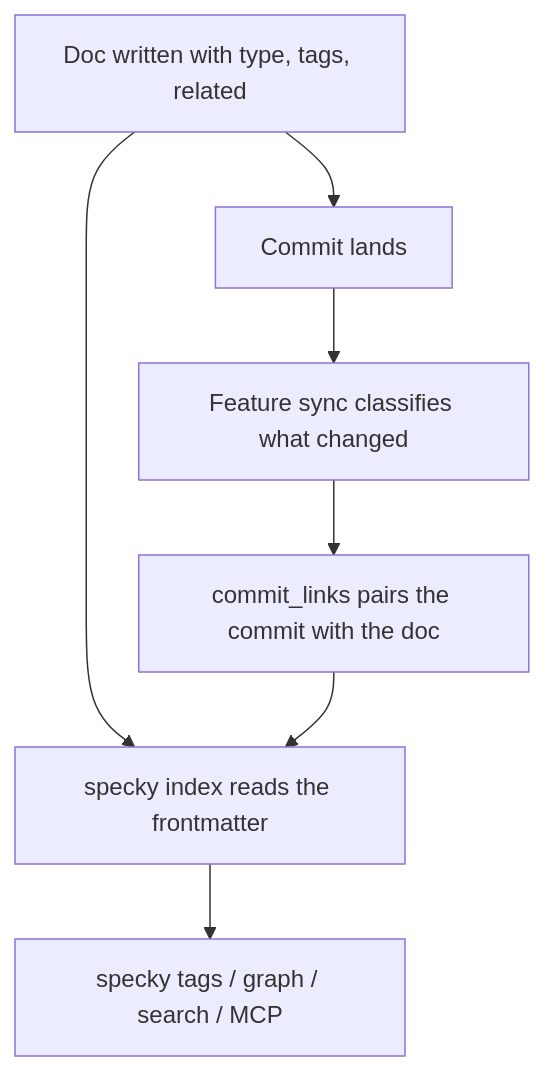
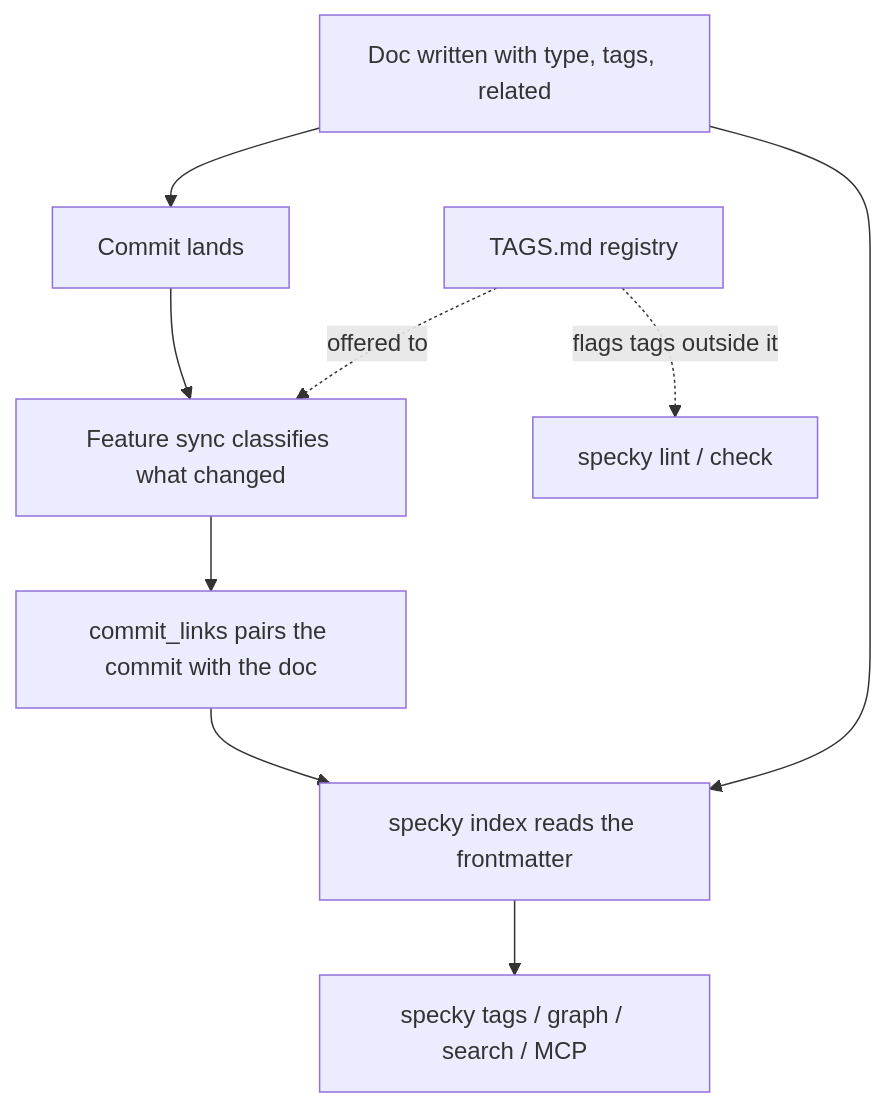
One commit to danyyacoub/specky changed the diagram in specs/documentation/feature-classification-and-tags.md. Above: the diagram before and after it, drawn with Mermaid. The commit also changed other lines of this file and 27 other files, not shown here.

````diff
--- a/specs/documentation/feature-classification-and-tags.md
+++ b/specs/documentation/feature-classification-and-tags.md
@@ -23,9 +23,11 @@
 ```mermaid
 flowchart TD
     A[Doc written with type, tags, related] --> B[Commit lands]
     B --> C[Feature sync classifies what changed]
     C --> D[commit_links pairs the commit with the doc]
     A --> E[specky index reads the frontmatter]
     D --> E
     E --> F[specky tags / graph / search / MCP]
+    G[TAGS.md registry] -. offered to .-> C
+    G -. flags tags outside it .-> H[specky lint / check]
 ```
````
